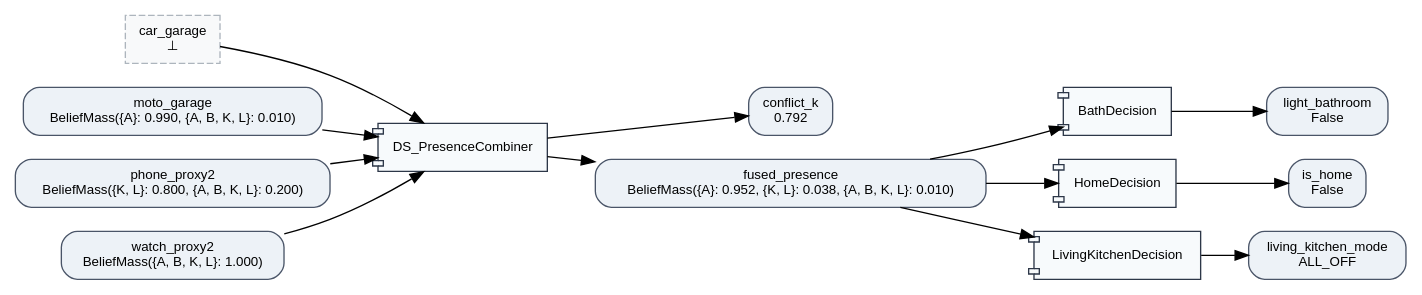
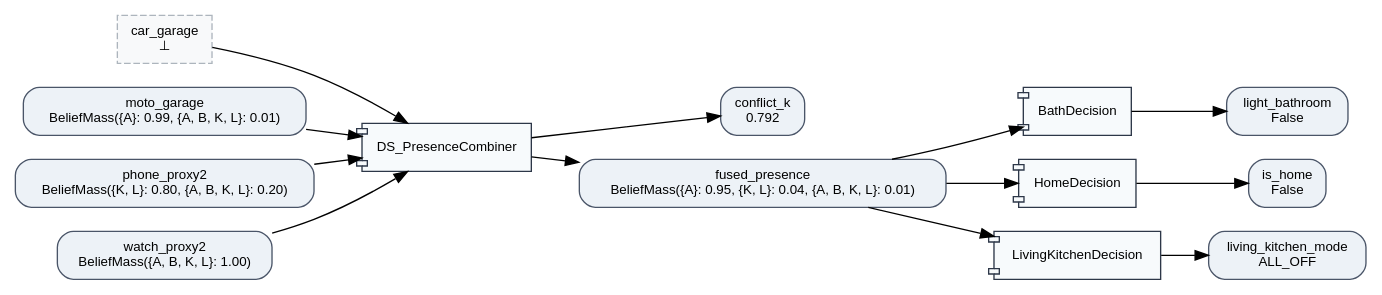
Before and after one commit to dougransom/lattice-propagator: the diagram in docs/assets/evidence_presence_network.dot, drawn with Graphviz. The commit also changed 39 other files, not shown here.

First line of the commit message:
feat(primitives,docs): add AllDistinctPropagator, DelayedPropagator, tree_reduce/tree_sum, polymorphic graph, and relocate schematics

```diff
--- a/docs/assets/evidence_presence_network.dot
+++ b/docs/assets/evidence_presence_network.dot
@@ -1,32 +1,32 @@
 digraph "SpatialPresence" {
   rankdir="LR";
   node [fontname="Helvetica", fontsize=10];
   edge [fontname="Helvetica", fontsize=9];
 
   C_car_garage [label="car_garage\n⊥", shape=box, style="filled,dashed", fillcolor="#f8f9fa", color="#adb5bd"];
   C_conflict_k [label="conflict_k\n0.792", shape=box, style="filled,rounded", fillcolor="#edf2f7", color="#4a5568"];
-  C_fused_presence [label="fused_presence\nBeliefMass({A}: 0.952, {K, L}: 0.038, {A, B, K, L}: 0.010)", shape=box, style="filled,rounded", fillcolor="#edf2f7", color="#4a5568"];
+  C_fused_presence [label="fused_presence\nBeliefMass({A}: 0.95, {K, L}: 0.04, {A, B, K, L}: 0.01)", shape=box, style="filled,rounded", fillcolor="#edf2f7", color="#4a5568"];
   C_is_home [label="is_home\nFalse", shape=box, style="filled,rounded", fillcolor="#edf2f7", color="#4a5568"];
   C_light_bathroom [label="light_bathroom\nFalse", shape=box, style="filled,rounded", fillcolor="#edf2f7", color="#4a5568"];
   C_living_kitchen_mode [label="living_kitchen_mode\nALL_OFF", shape=box, style="filled,rounded", fillcolor="#edf2f7", color="#4a5568"];
-  C_moto_garage [label="moto_garage\nBeliefMass({A}: 0.990, {A, B, K, L}: 0.010)", shape=box, style="filled,rounded", fillcolor="#edf2f7", color="#4a5568"];
-  C_phone_proxy2 [label="phone_proxy2\nBeliefMass({K, L}: 0.800, {A, B, K, L}: 0.200)", shape=box, style="filled,rounded", fillcolor="#edf2f7", color="#4a5568"];
-  C_watch_proxy2 [label="watch_proxy2\nBeliefMass({A, B, K, L}: 1.000)", shape=box, style="filled,rounded", fillcolor="#edf2f7", color="#4a5568"];
+  C_moto_garage [label="moto_garage\nBeliefMass({A}: 0.99, {A, B, K, L}: 0.01)", shape=box, style="filled,rounded", fillcolor="#edf2f7", color="#4a5568"];
+  C_phone_proxy2 [label="phone_proxy2\nBeliefMass({K, L}: 0.80, {A, B, K, L}: 0.20)", shape=box, style="filled,rounded", fillcolor="#edf2f7", color="#4a5568"];
+  C_watch_proxy2 [label="watch_proxy2\nBeliefMass({A, B, K, L}: 1.00)", shape=box, style="filled,rounded", fillcolor="#edf2f7", color="#4a5568"];
   P_BathDecision [label="BathDecision", shape=component, style=filled, fillcolor="#f7fafc", color="#2d3748"];
   P_DS_PresenceCombiner [label="DS_PresenceCombiner", shape=component, style=filled, fillcolor="#f7fafc", color="#2d3748"];
   P_HomeDecision [label="HomeDecision", shape=component, style=filled, fillcolor="#f7fafc", color="#2d3748"];
   P_LivingKitchenDecision [label="LivingKitchenDecision", shape=component, style=filled, fillcolor="#f7fafc", color="#2d3748"];
 
   C_watch_proxy2 -> P_DS_PresenceCombiner;
   C_phone_proxy2 -> P_DS_PresenceCombiner;
   C_car_garage -> P_DS_PresenceCombiner;
   C_moto_garage -> P_DS_PresenceCombiner;
   P_DS_PresenceCombiner -> C_fused_presence;
   P_DS_PresenceCombiner -> C_conflict_k;
   C_fused_presence -> P_HomeDecision;
   P_HomeDecision -> C_is_home;
   C_fused_presence -> P_BathDecision;
   P_BathDecision -> C_light_bathroom;
   C_fused_presence -> P_LivingKitchenDecision;
   P_LivingKitchenDecision -> C_living_kitchen_mode;
 }
```
